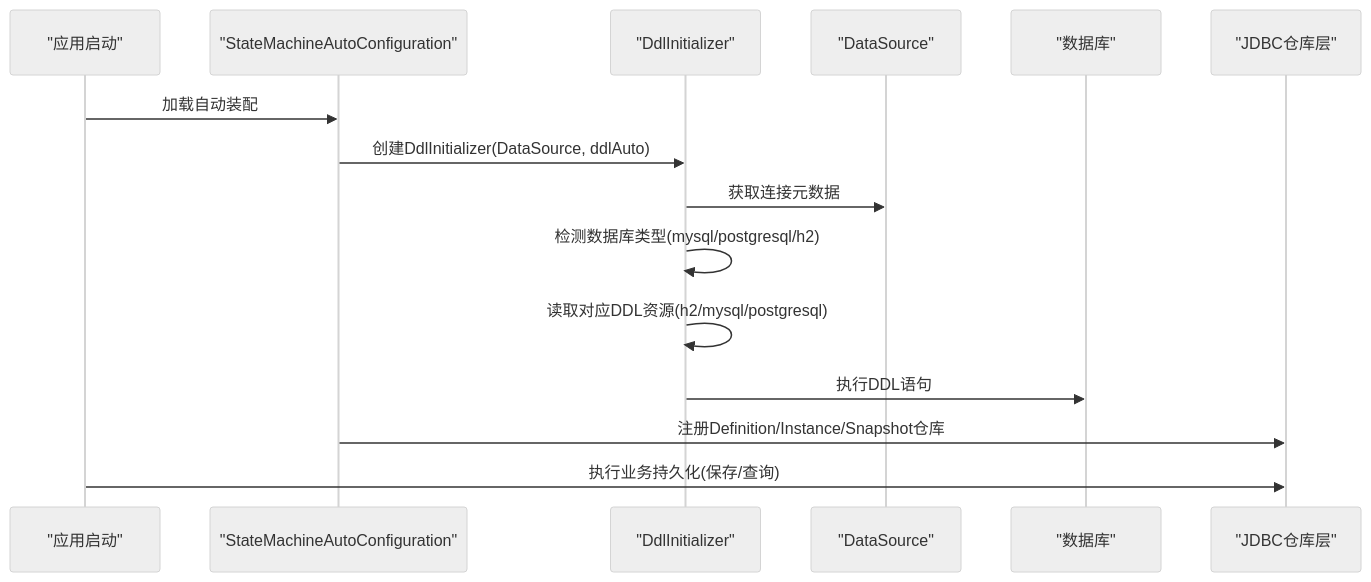
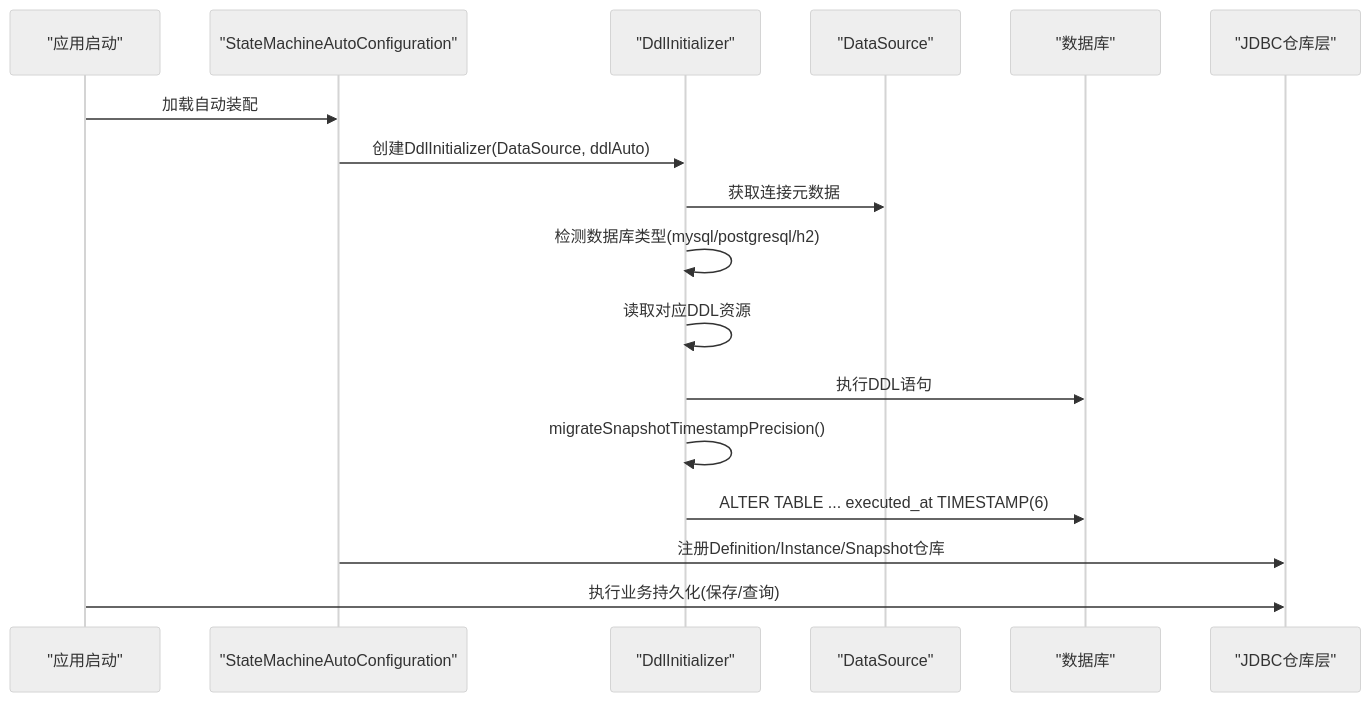
One commit to xiaoche80s-tech/state-machine-parent changed the second of 5 diagrams in .qoder/repowiki/zh/content/持久化层/多数据库支持.md. Above: the diagram before and after it, drawn with Mermaid (neutral theme). The commit also changed other lines of this file and 17 other files, not shown here.

````diff
--- a/.qoder/repowiki/zh/content/持久化层/多数据库支持.md
+++ b/.qoder/repowiki/zh/content/持久化层/多数据库支持.md
@@ -108,17 +108,19 @@
 ```mermaid
 sequenceDiagram
 participant App as "应用启动"
 participant AutoCfg as "StateMachineAutoConfiguration"
 participant Init as "DdlInitializer"
 participant DS as "DataSource"
 participant DB as "数据库"
 participant Repo as "JDBC仓库层"
 App->>AutoCfg : 加载自动装配
 AutoCfg->>Init : 创建DdlInitializer(DataSource, ddlAuto)
 Init->>DS : 获取连接元数据
 Init->>Init : 检测数据库类型(mysql/postgresql/h2)
-Init->>Init : 读取对应DDL资源(h2/mysql/postgresql)
+Init->>Init : 读取对应DDL资源
 Init->>DB : 执行DDL语句
+Init->>Init : migrateSnapshotTimestampPrecision()
+Init->>DB : ALTER TABLE ... executed_at TIMESTAMP(6)
 AutoCfg->>Repo : 注册Definition/Instance/Snapshot仓库
 App->>Repo : 执行业务持久化(保存/查询)
 ```
````
